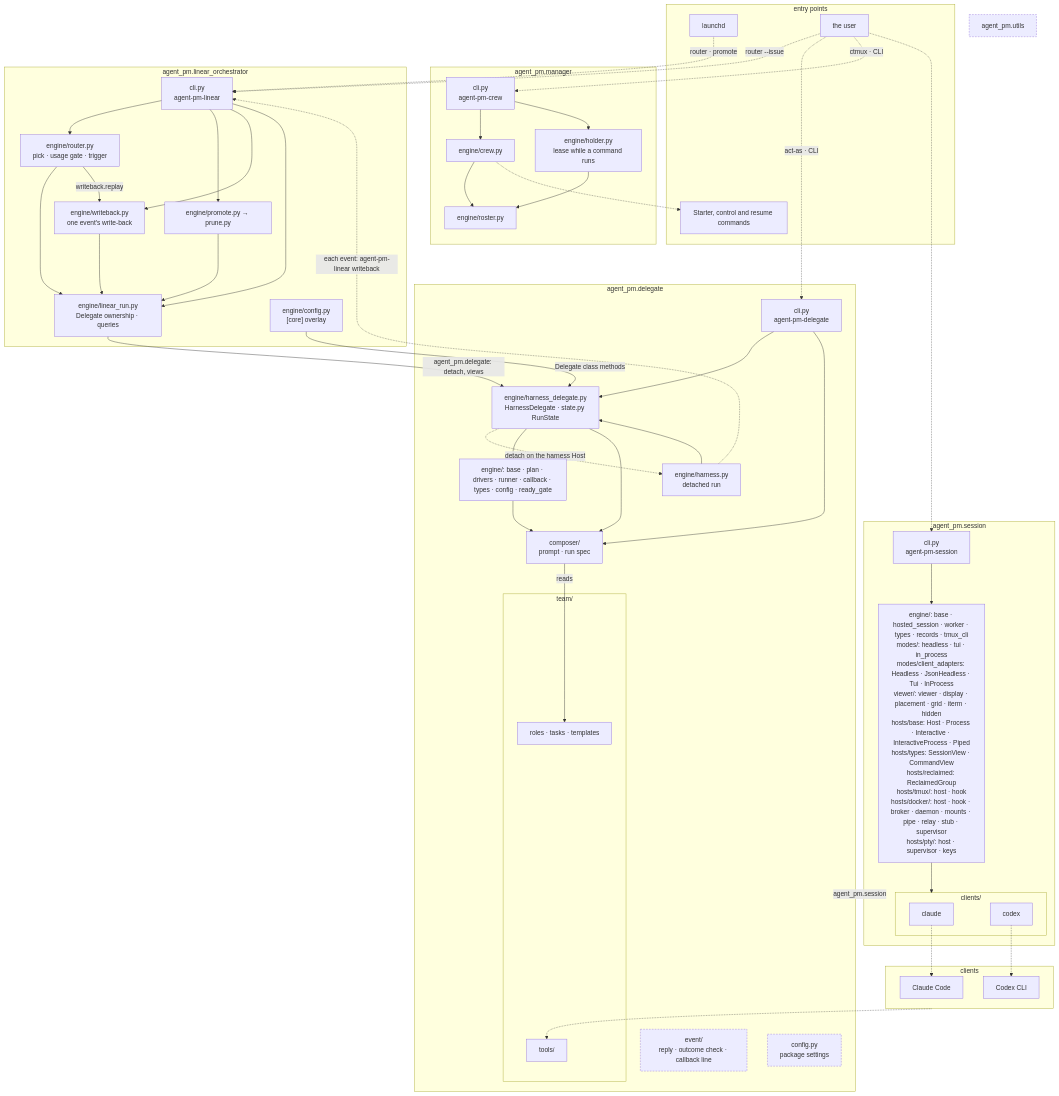
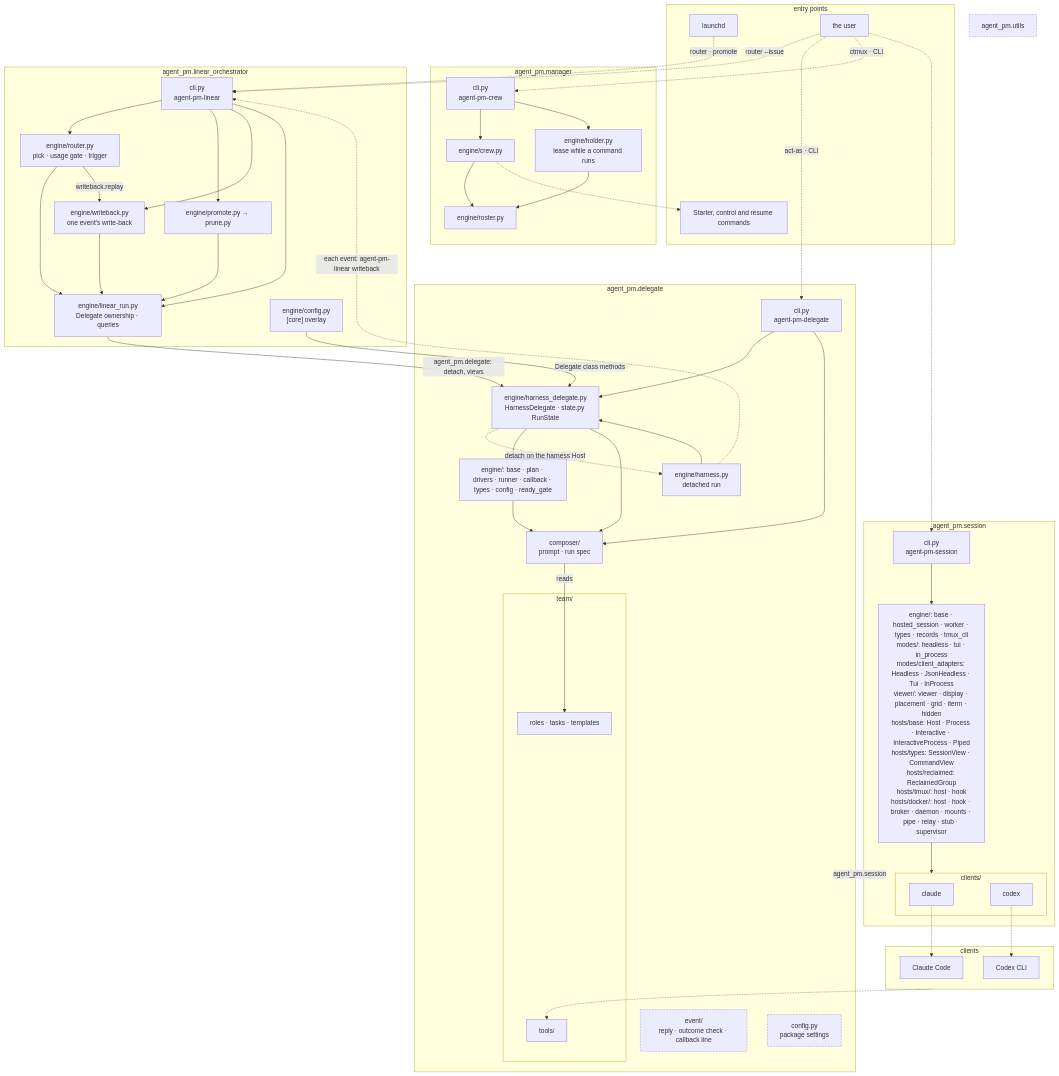
One commit to ophis/agent-pm changed the diagram in docs/architecture.md. Above: the diagram before and after it, drawn with Mermaid. The commit also changed 52 other files, not shown here.

First line of the commit message:
TASK-770: 删掉 pty Host (#517)

````diff
--- a/docs/architecture.md
+++ b/docs/architecture.md
@@ -5,72 +5,72 @@
 ```mermaid
 flowchart TB
   subgraph EN[entry points]
     LD[launchd]
     HU[the user]
     CC[Starter, control and resume commands]
   end
   subgraph MG[agent_pm.manager]
     MC["cli.py<br>agent-pm-crew"] --> W["engine/crew.py"] --> RS["engine/roster.py"]
     MC --> HO["engine/holder.py<br>lease while a command runs"] --> RS
   end
   subgraph LO[agent_pm.linear_orchestrator]
     LCLI["cli.py<br>agent-pm-linear"]
     R["engine/router.py<br>pick · usage gate · trigger"]
     LR["engine/linear_run.py<br>Delegate ownership · queries"]
     WB["engine/writeback.py<br>one event's write-back"]
     PP["engine/promote.py → prune.py"]
     LC["engine/config.py<br>[core] overlay"]
   end
   subgraph DL[agent_pm.delegate]
     D["cli.py<br>agent-pm-delegate"]
     HD["engine/harness_delegate.py<br>HarnessDelegate · state.py RunState"]
     H["engine/harness.py<br>detached run"]
     E["engine/: base · plan · drivers · runner · callback · types · config · ready_gate"]
     C["composer/<br>prompt · run spec"]
     EV["event/<br>reply · outcome check · callback line"]
     CF["config.py<br>package settings"]
     subgraph TM[team/]
       T["roles · tasks · templates"]
       AT[tools/]
     end
   end
   subgraph SE[agent_pm.session]
     SC["cli.py<br>agent-pm-session"]
-    DR["engine/: base · hosted_session · worker · types · records · tmux_cli<br>modes/: headless · tui · in_process<br>modes/client_adapters: Headless · JsonHeadless · Tui · InProcess<br>viewer/: viewer · display · placement · grid · iterm · hidden<br>hosts/base: Host · Process · Interactive · InteractiveProcess · Piped<br>hosts/types: SessionView · CommandView<br>hosts/reclaimed: ReclaimedGroup<br>hosts/tmux/: host · hook<br>hosts/docker/: host · hook · broker · daemon · mounts · pipe · relay · stub · supervisor<br>hosts/pty/: host · supervisor · keys"]
+    DR["engine/: base · hosted_session · worker · types · records · tmux_cli<br>modes/: headless · tui · in_process<br>modes/client_adapters: Headless · JsonHeadless · Tui · InProcess<br>viewer/: viewer · display · placement · grid · iterm · hidden<br>hosts/base: Host · Process · Interactive · InteractiveProcess · Piped<br>hosts/types: SessionView · CommandView<br>hosts/reclaimed: ReclaimedGroup<br>hosts/tmux/: host · hook<br>hosts/docker/: host · hook · broker · daemon · mounts · pipe · relay · stub · supervisor"]
     subgraph AD[clients/]
       CL[claude]
       CX[codex]
     end
   end
   U[agent_pm.utils]
   subgraph RT[clients]
     P1[Claude Code]
     P2[Codex CLI]
   end
   LD -.->|"router · promote"| LCLI
   HU -.->|"router --issue"| LCLI
   HU -.->|"act-as · CLI"| D
   HU -.->|"ctmux · CLI"| MC
   HU -.-> SC
   SC --> DR
   LCLI --> R & PP & WB & LR
   R & PP & WB --> LR
   R -->|"writeback.replay"| WB
   LR -->|"agent_pm.delegate: detach, views"| HD
   H -.->|"each event: agent-pm-linear writeback"| LCLI
   LC -->|"Delegate class methods"| HD
   W -.-> CC
   D & H --> HD
   D --> C
   HD -.->|"detach on the harness Host"| H
   HD --> E & C
   E --> C
   DL -->|agent_pm.session| SE
   C -->|reads| T
   DR --> AD
   CL -.-> P1
   CX -.-> P2
   RT -.-> AT
   classDef shared stroke-dasharray: 4 3
   class EV,U,CF shared
 ```
````
